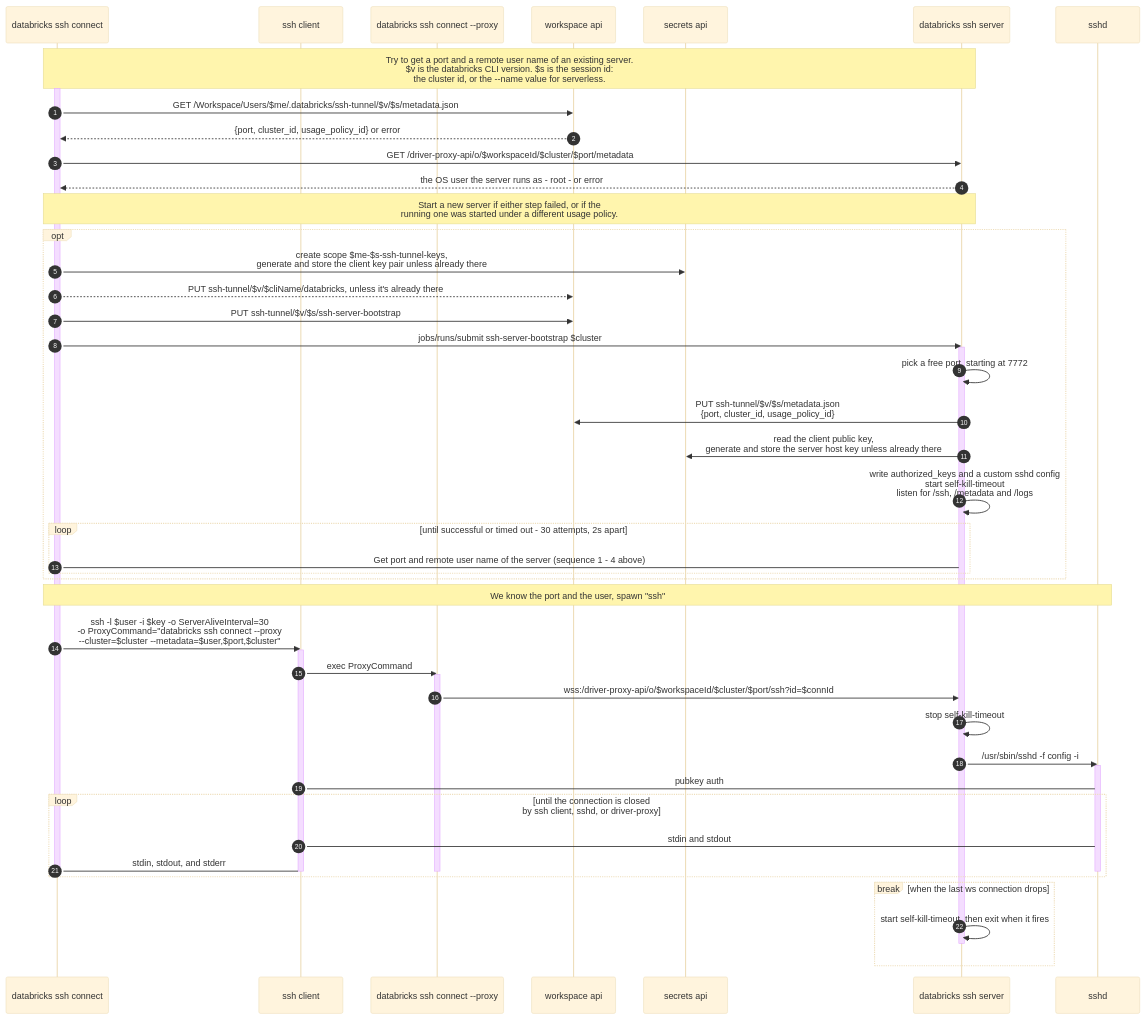
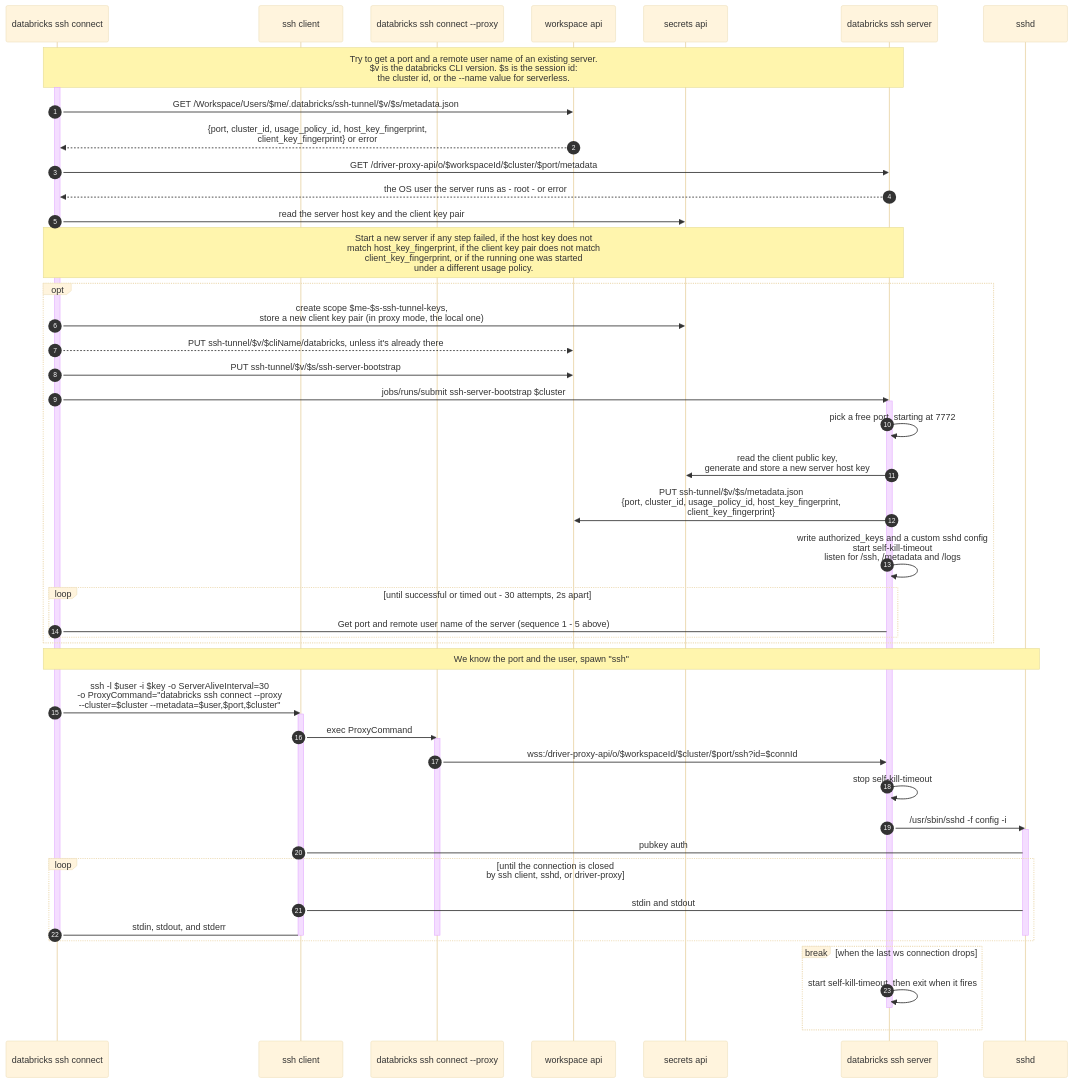
One commit to databricks/cli changed the second of 3 diagrams in experimental/ssh/README.md. Above: the diagram before and after it, drawn with Mermaid. The commit also changed other lines of this file and 22 other files, not shown here.

First line of the commit message:
ssh: stop reusing secret scope keys when starting an SSH server

````diff
--- a/experimental/ssh/README.md
+++ b/experimental/ssh/README.md
@@ -186,58 +217,59 @@
 ```mermaid
 ---
 config:
   theme: base
 ---
 sequenceDiagram
   autonumber
   participant P1 as databricks ssh connect
   participant P2 as ssh client
   participant P3 as databricks ssh connect --proxy
   participant P4 as workspace api
   participant P5 as secrets api
   participant P6 as databricks ssh server
   participant P7 as sshd
   Note over P1,P6: Try to get a port and a remote user name of an existing server.<br/>$v is the databricks CLI version. $s is the session id:<br/>the cluster id, or the --name value for serverless.
   activate P1
   P1 ->> P4: GET /Workspace/Users/$me/.databricks/ssh-tunnel/$v/$s/metadata.json
-  P4 -->> P1: {port, cluster_id, usage_policy_id} or error
+  P4 -->> P1: {port, cluster_id, usage_policy_id, host_key_fingerprint,<br/>client_key_fingerprint} or error
   P1 ->> P6: GET /driver-proxy-api/o/$workspaceId/$cluster/$port/metadata
   P6 -->> P1: the OS user the server runs as - root - or error
-  Note over P1,P6: Start a new server if either step failed, or if the<br/>running one was started under a different usage policy.
+  P1 ->> P5: read the server host key and the client key pair
+  Note over P1,P6: Start a new server if any step failed, if the host key does not<br/>match host_key_fingerprint, if the client key pair does not match<br/>client_key_fingerprint, or if the running one was started<br/>under a different usage policy.
   opt
-    P1 ->> P5: create scope $me-$s-ssh-tunnel-keys,<br/>generate and store the client key pair unless already there
+    P1 ->> P5: create scope $me-$s-ssh-tunnel-keys,<br/>store a new client key pair (in proxy mode, the local one)
     P1 -->> P4: PUT ssh-tunnel/$v/$cliName/databricks, unless it's already there
     P1 ->> P4: PUT ssh-tunnel/$v/$s/ssh-server-bootstrap
     P1 ->> P6: jobs/runs/submit ssh-server-bootstrap $cluster
     activate P6
     P6 ->> P6: pick a free port, starting at 7772
-    P6 ->> P4: PUT ssh-tunnel/$v/$s/metadata.json<br/>{port, cluster_id, usage_policy_id}
-    P6 ->> P5: read the client public key,<br/>generate and store the server host key unless already there
+    P6 ->> P5: read the client public key,<br/>generate and store a new server host key
+    P6 ->> P4: PUT ssh-tunnel/$v/$s/metadata.json<br/>{port, cluster_id, usage_policy_id, host_key_fingerprint,<br/>client_key_fingerprint}
     P6 ->> P6: write authorized_keys and a custom sshd config<br/>start self-kill-timeout<br/>listen for /ssh, /metadata and /logs
     loop until successful or timed out - 30 attempts, 2s apart
-      P1 -> P6: Get port and remote user name of the server (sequence 1 - 4 above)
+      P1 -> P6: Get port and remote user name of the server (sequence 1 - 5 above)
     end
   end
   Note over P1,P7: We know the port and the user, spawn "ssh"
   P1 ->> P2: ssh -l $user -i $key -o ServerAliveInterval=30<br/> -o ProxyCommand="databricks ssh connect --proxy<br/> --cluster=$cluster --metadata=$user,$port,$cluster"
   activate P2
   P2 ->> P3: exec ProxyCommand
   activate P3
   P3 ->> P6: wss:/driver-proxy-api/o/$workspaceId/$cluster/$port/ssh?id=$connId
   P6 ->> P6: stop self-kill-timeout
   P6 ->> P7: /usr/sbin/sshd -f config -i
   activate P7
   P2 -> P7: pubkey auth
   loop until the connection is closed<br/>by ssh client, sshd, or driver-proxy
     P2 -> P7: stdin and stdout
     P1 -> P2: stdin, stdout, and stderr
     deactivate P7
     deactivate P3
     deactivate P2
     deactivate P1
   end
   break when the last ws connection drops
     P6 ->> P6: start self-kill-timeout, then exit when it fires
     deactivate P6
   end
 ```
````
